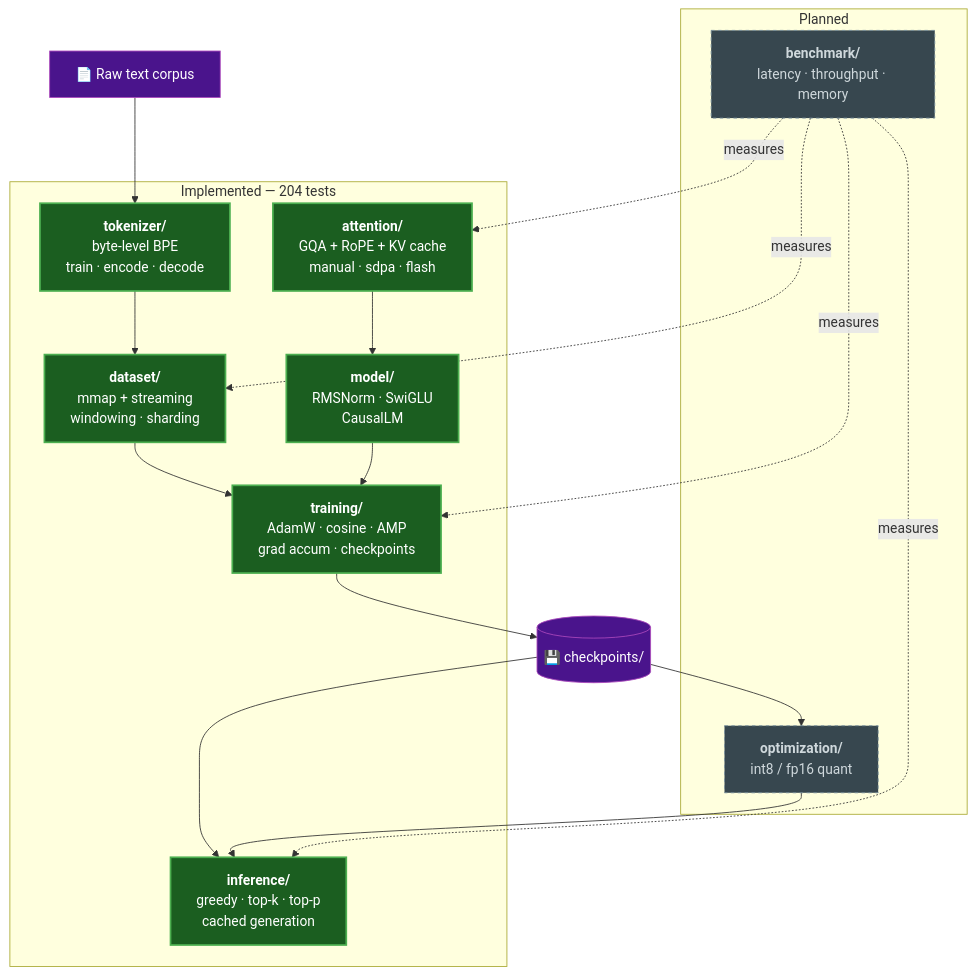
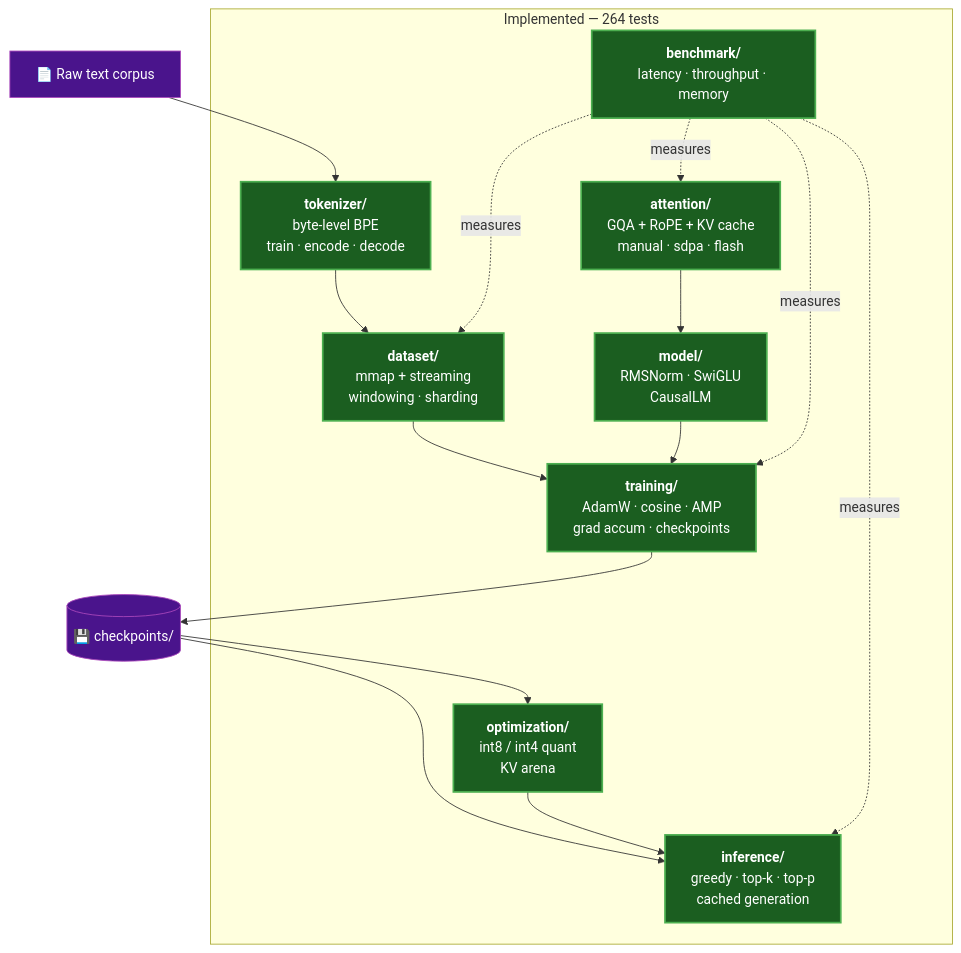
The first of 7 diagrams in README.md (555aaditya/Language-Model), drawn with Mermaid before and after one commit. The commit also changed other lines of this file and 1 other file, not shown here.

Commit message:
docs: record stages 6-7 as implemented and publish measured benchmark results

````diff
--- a/README.md
+++ b/README.md
@@ -32,36 +32,32 @@
 ```mermaid
 flowchart TB
     RAW["📄 Raw text corpus"]
 
-    subgraph BUILT ["Implemented — 204 tests"]
+    subgraph BUILT ["Implemented — 264 tests"]
         TOK["<b>tokenizer/</b><br/>byte-level BPE<br/>train · encode · decode"]
         DS["<b>dataset/</b><br/>mmap + streaming<br/>windowing · sharding"]
         ATT["<b>attention/</b><br/>GQA + RoPE + KV cache<br/>manual · sdpa · flash"]
         MODEL["<b>model/</b><br/>RMSNorm · SwiGLU<br/>CausalLM"]
         TRAIN["<b>training/</b><br/>AdamW · cosine · AMP<br/>grad accum · checkpoints"]
         INFER["<b>inference/</b><br/>greedy · top-k · top-p<br/>cached generation"]
-    end
-
-    subgraph PENDING ["Planned"]
-        OPT["<b>optimization/</b><br/>int8 / fp16 quant"]
+        OPT["<b>optimization/</b><br/>int8 / int4 quant<br/>KV arena"]
         BENCH["<b>benchmark/</b><br/>latency · throughput · memory"]
     end
 
     CKPT[("💾 checkpoints/")]
 
     RAW --> TOK --> DS --> TRAIN
     ATT --> MODEL --> TRAIN
     TRAIN --> CKPT --> INFER
     CKPT --> OPT --> INFER
     BENCH -.measures.-> DS
     BENCH -.measures.-> ATT
     BENCH -.measures.-> TRAIN
     BENCH -.measures.-> INFER
 
     classDef done fill:#1b5e20,stroke:#4CAF50,stroke-width:2px,color:#fff
     classDef todo fill:#37474f,stroke:#78909c,stroke-width:1px,color:#cfd8dc,stroke-dasharray: 4 4
     classDef store fill:#4a148c,stroke:#ab47bc,color:#fff
-    class TOK,DS,ATT,MODEL,TRAIN,INFER done
-    class OPT,BENCH todo
+    class TOK,DS,ATT,MODEL,TRAIN,INFER,OPT,BENCH done
     class CKPT,RAW store
 ```
````
